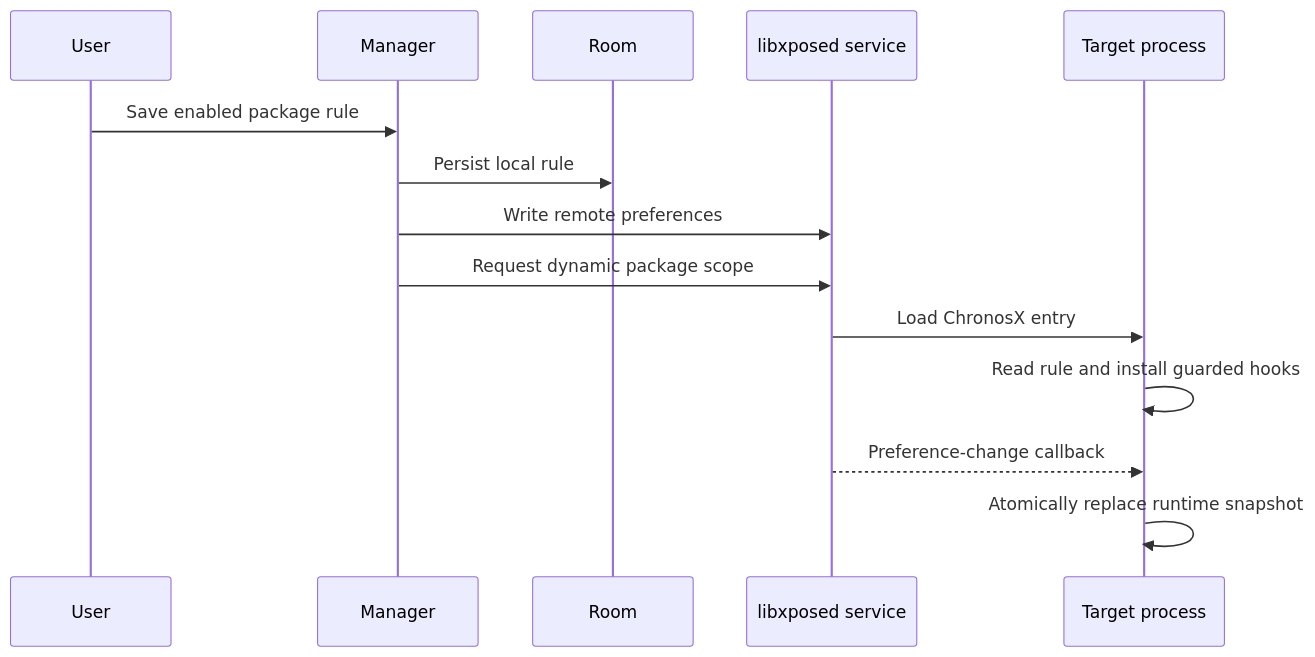
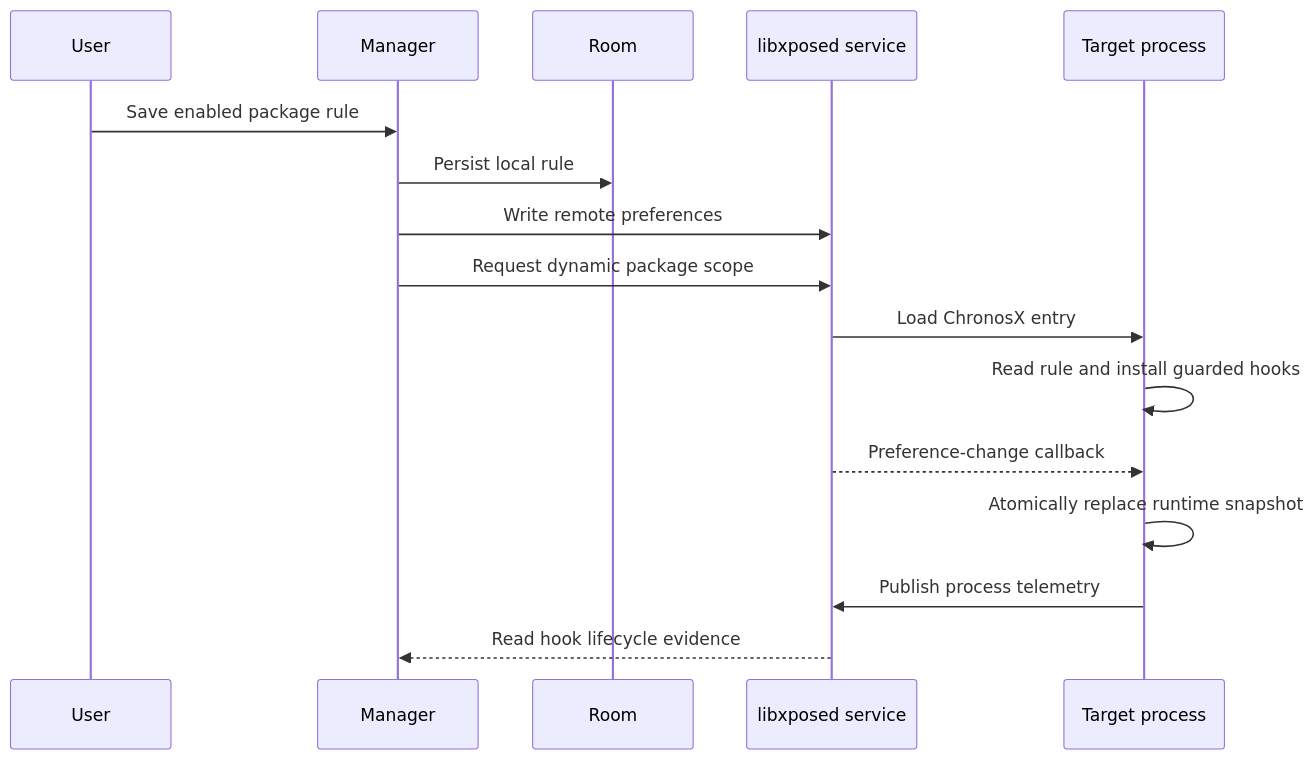
Before and after one commit to stupidgiraffe/ChronosX: the diagram in docs/architecture.md, drawn with Mermaid. The commit also changed other lines of this file and 40 other files, not shown here.

````diff
--- a/docs/architecture.md
+++ b/docs/architecture.md
@@ -17,17 +17,19 @@
 ```mermaid
 sequenceDiagram
     participant U as User
     participant M as Manager
     participant D as Room
     participant S as libxposed service
     participant P as Target process
 
     U->>M: Save enabled package rule
     M->>D: Persist local rule
     M->>S: Write remote preferences
     M->>S: Request dynamic package scope
     S->>P: Load ChronosX entry
     P->>P: Read rule and install guarded hooks
     S-->>P: Preference-change callback
     P->>P: Atomically replace runtime snapshot
+    P->>S: Publish process telemetry
+    S-->>M: Read hook lifecycle evidence
 ```
````
